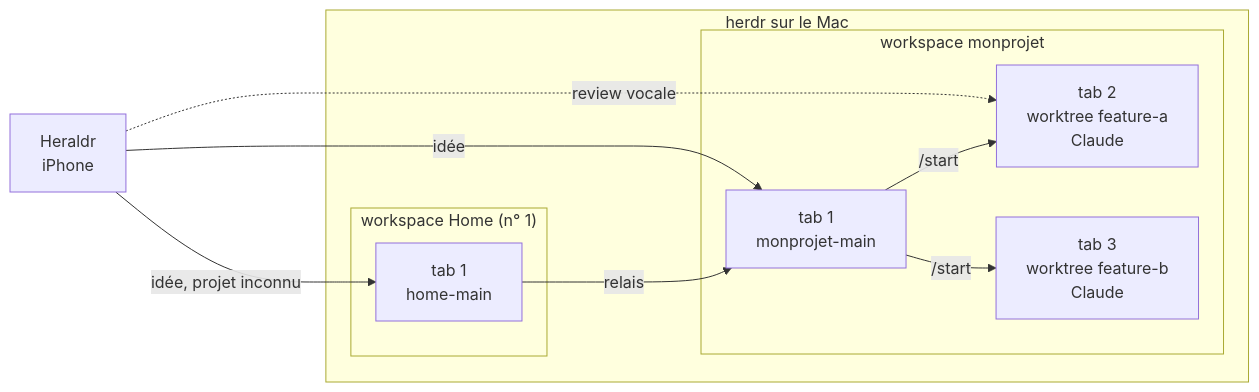
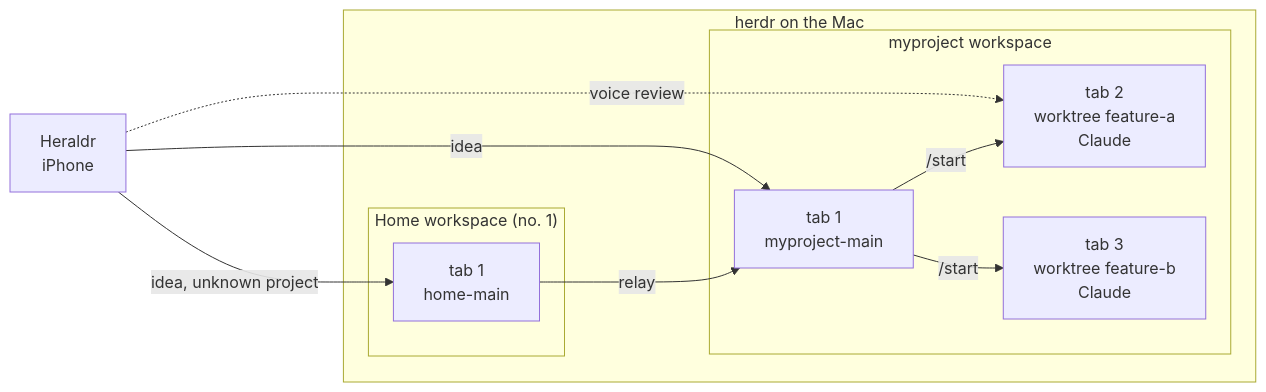
One commit to skelz0r/heraldr changed the first of 2 diagrams in README.md. Above: the diagram before and after it, drawn with Mermaid. The commit also changed other lines of this file and 13 other files, not shown here.

````diff
--- a/README.md
+++ b/README.md
@@ -17,20 +22,20 @@
 ```mermaid
 flowchart LR
   phone["Heraldr<br/>iPhone"]
-  subgraph mac["herdr sur le Mac"]
-    subgraph home["workspace Home (n° 1)"]
+  subgraph mac["herdr on the Mac"]
+    subgraph home["Home workspace (no. 1)"]
       hm["tab 1<br/>home-main"]
     end
-    subgraph proj["workspace monprojet"]
-      pm["tab 1<br/>monprojet-main"]
+    subgraph proj["myproject workspace"]
+      pm["tab 1<br/>myproject-main"]
       t2["tab 2<br/>worktree feature-a<br/>Claude"]
       t3["tab 3<br/>worktree feature-b<br/>Claude"]
     end
   end
-  phone -- "idée, projet inconnu" --> hm
-  phone -- "idée" --> pm
-  phone -. "review vocale" .-> t2
-  hm -- "relais" --> pm
+  phone -- "idea, unknown project" --> hm
+  phone -- "idea" --> pm
+  phone -. "voice review" .-> t2
+  hm -- "relay" --> pm
   pm -- "/start" --> t2
   pm -- "/start" --> t3
 ```
````
